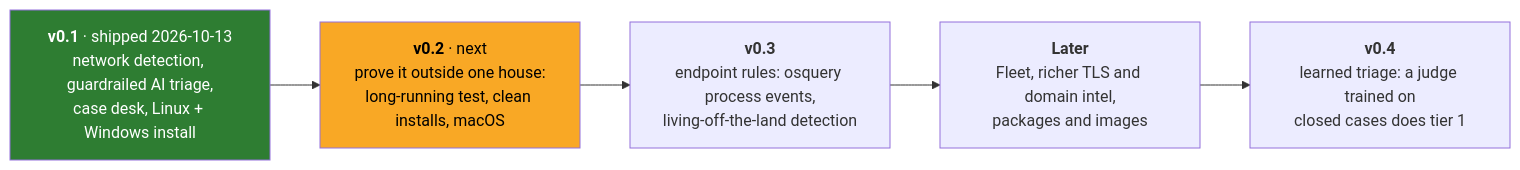
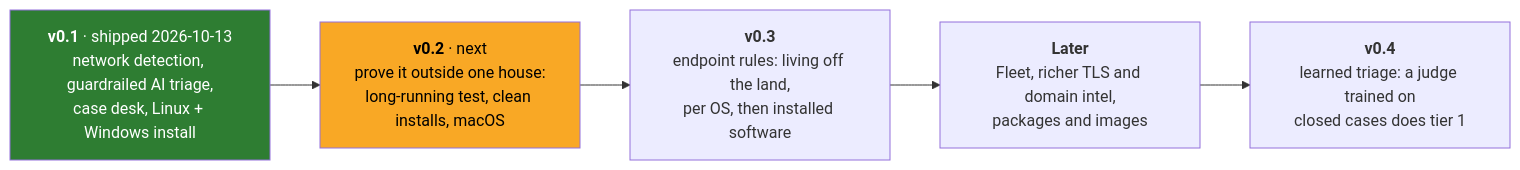
Before and after one commit to barnabys-drew/tapwatch: the diagram in docs/ROADMAP.md, drawn with Mermaid. The commit also changed other lines of this file, not shown here.

First line of the commit message:
Roadmap: endpoint rules per OS first, then installed software

````diff
--- a/docs/ROADMAP.md
+++ b/docs/ROADMAP.md
@@ -6,11 +6,11 @@
 ```mermaid
 flowchart LR
     A["<b>v0.1</b> · shipped 2026-10-13<br/>network detection, guardrailed AI triage,<br/>case desk, Linux + Windows install"]
     B["<b>v0.2</b> · next<br/>prove it outside one house:<br/>long-running test, clean installs, macOS"]
-    C["<b>v0.3</b><br/>endpoint rules: osquery process events,<br/>living-off-the-land detection"]
+    C["<b>v0.3</b><br/>endpoint rules: living off the land,<br/>per OS, then installed software"]
     D["<b>Later</b><br/>Fleet, richer TLS and domain intel,<br/>packages and images"]
     E["<b>v0.4</b><br/>learned triage: a judge trained on<br/>closed cases does tier 1"]
     A --> B --> C --> D --> E
     style A fill:#2e7d32,color:#fff
     style B fill:#f9a825,color:#000
 ```
````
